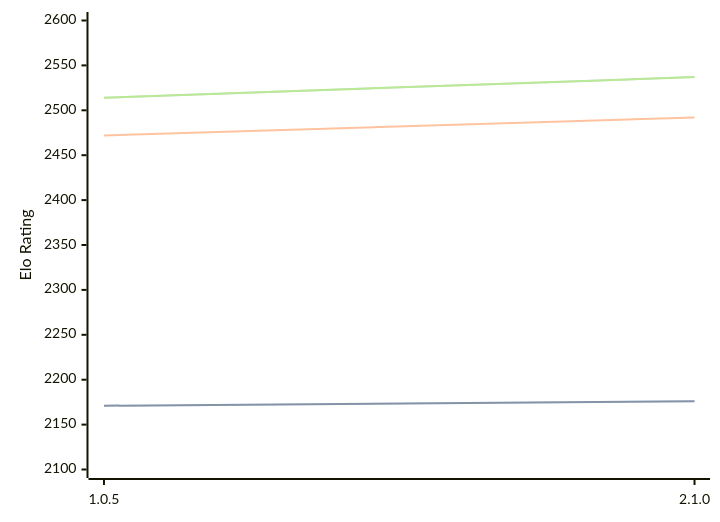
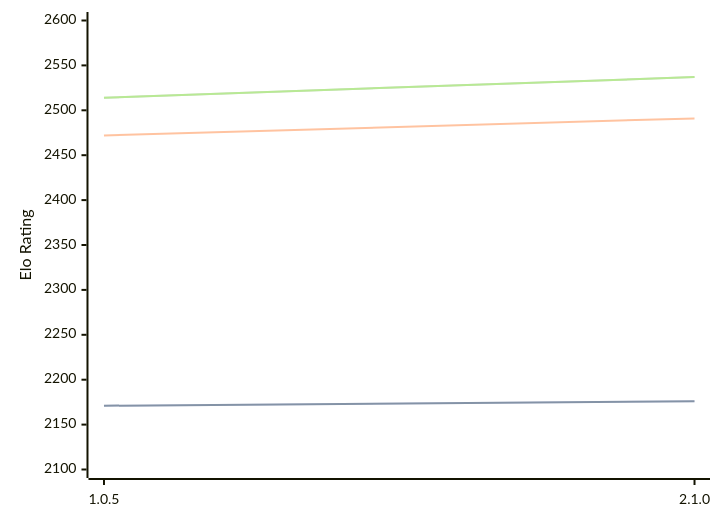
Before and after one commit to computer-chess-index/cci: the diagram in engines/Ruffian.md, drawn with Mermaid. The commit also changed other lines of this file, not shown here.

````diff
--- a/engines/Ruffian.md
+++ b/engines/Ruffian.md
@@ -32,11 +32,11 @@
 ```mermaid
 %%{init: {"theme":"base","themeVariables":{"seriesColors:['#a3a3a3','#222221','#faa371']}}}%%
 xychart-beta
   x-axis ["1.0.5", "2.1.0"]
   y-axis "Elo Rating" 2100 --> 2600
   line "STC (8.0+0.08s)" [2171, 2176]
   line "STC (8.0+0.08s)" [2171, 2176]
-  line "LTC (60.0+0.60s)" [2472, 2492]
+  line "LTC (60.0+0.60s)" [2472, 2491]
   line "VLTC (2m24s+1.12s)" [2514, 2537]
   line "VLTC (2m24s+1.12s)" [2514, 2537]
 ```
````
